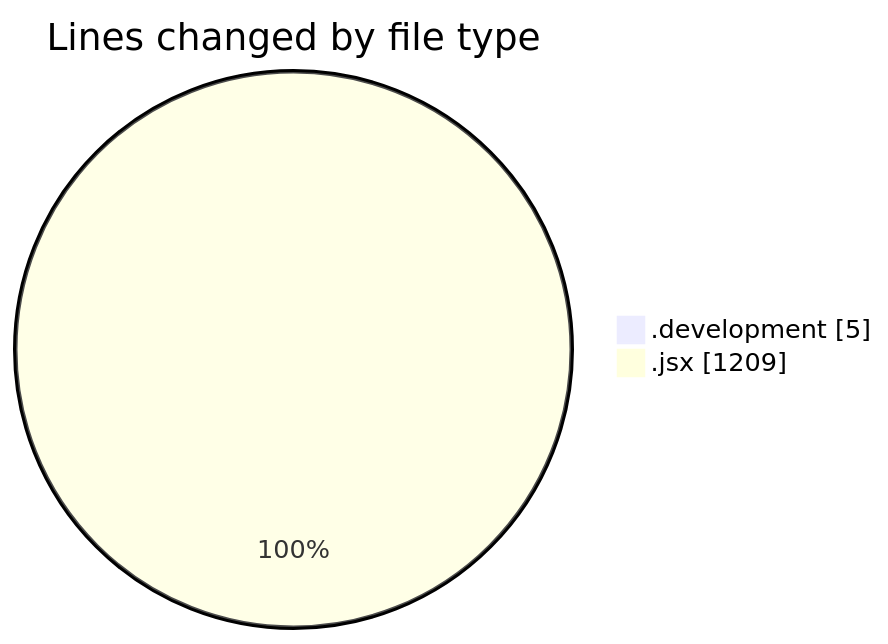
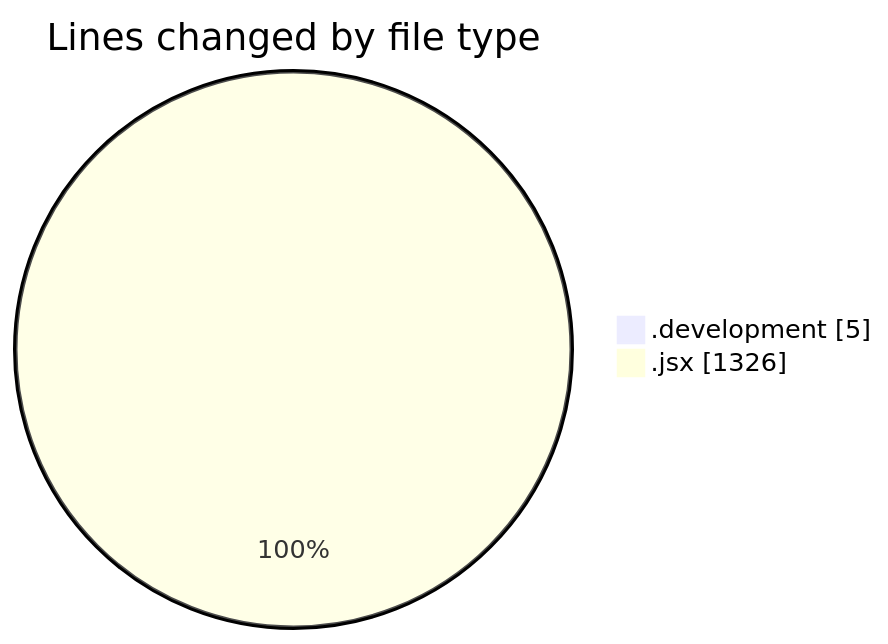
Before and after one commit to nxtqubesakshisongat/code-tracking: the first of 2 diagrams in 2025-09-12/nxtqube_webapp/README.md, drawn with Mermaid. The commit also changed other lines of this file and 1 other file, not shown here.

````diff
--- a/2025-09-12/nxtqube_webapp/README.md
+++ b/2025-09-12/nxtqube_webapp/README.md
@@ -21,6 +21,6 @@
 ```mermaid
 pie showData
 title Lines changed by file type
 ".development" : 5
-".jsx" : 1209
+".jsx" : 1326
 ```
````
